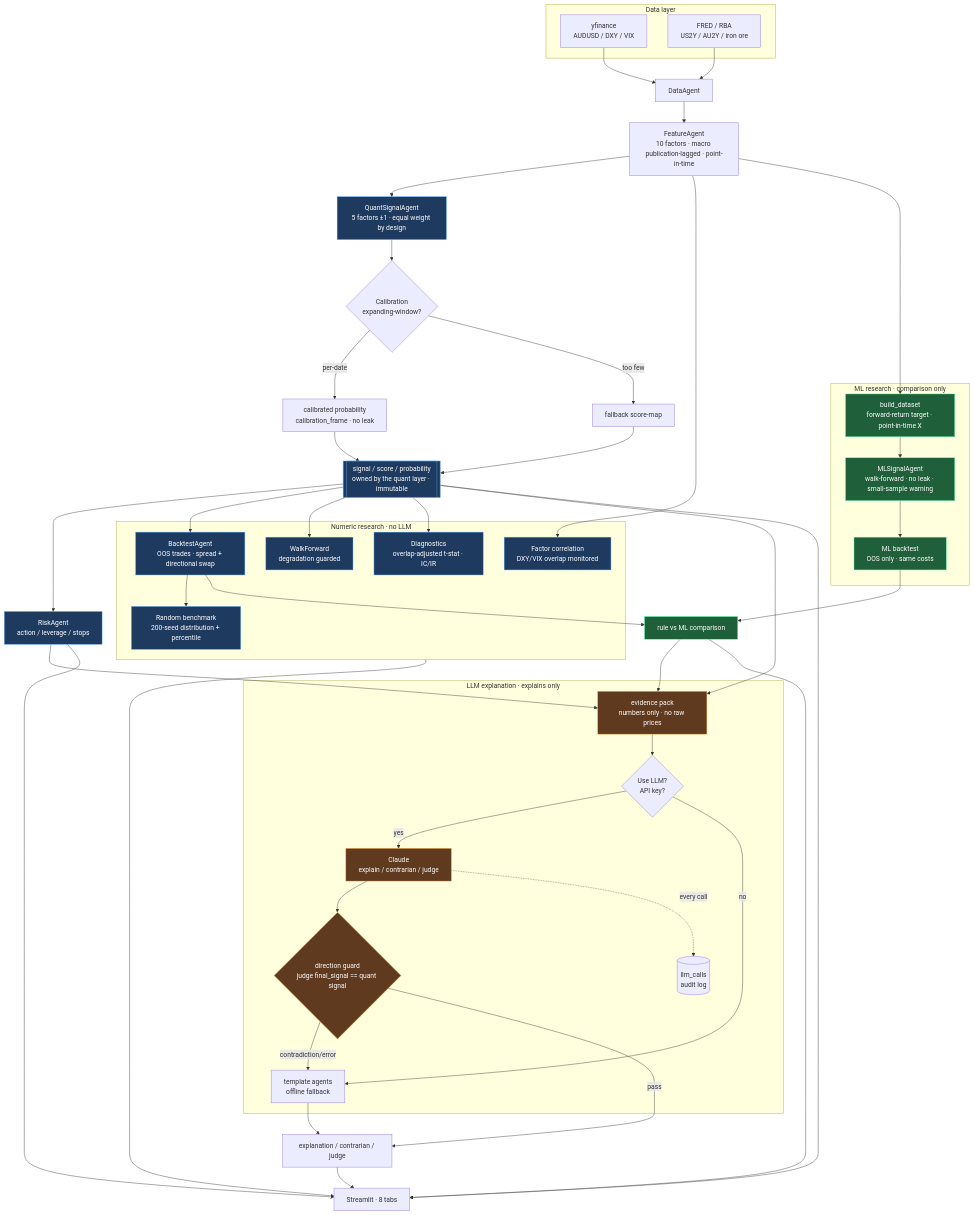
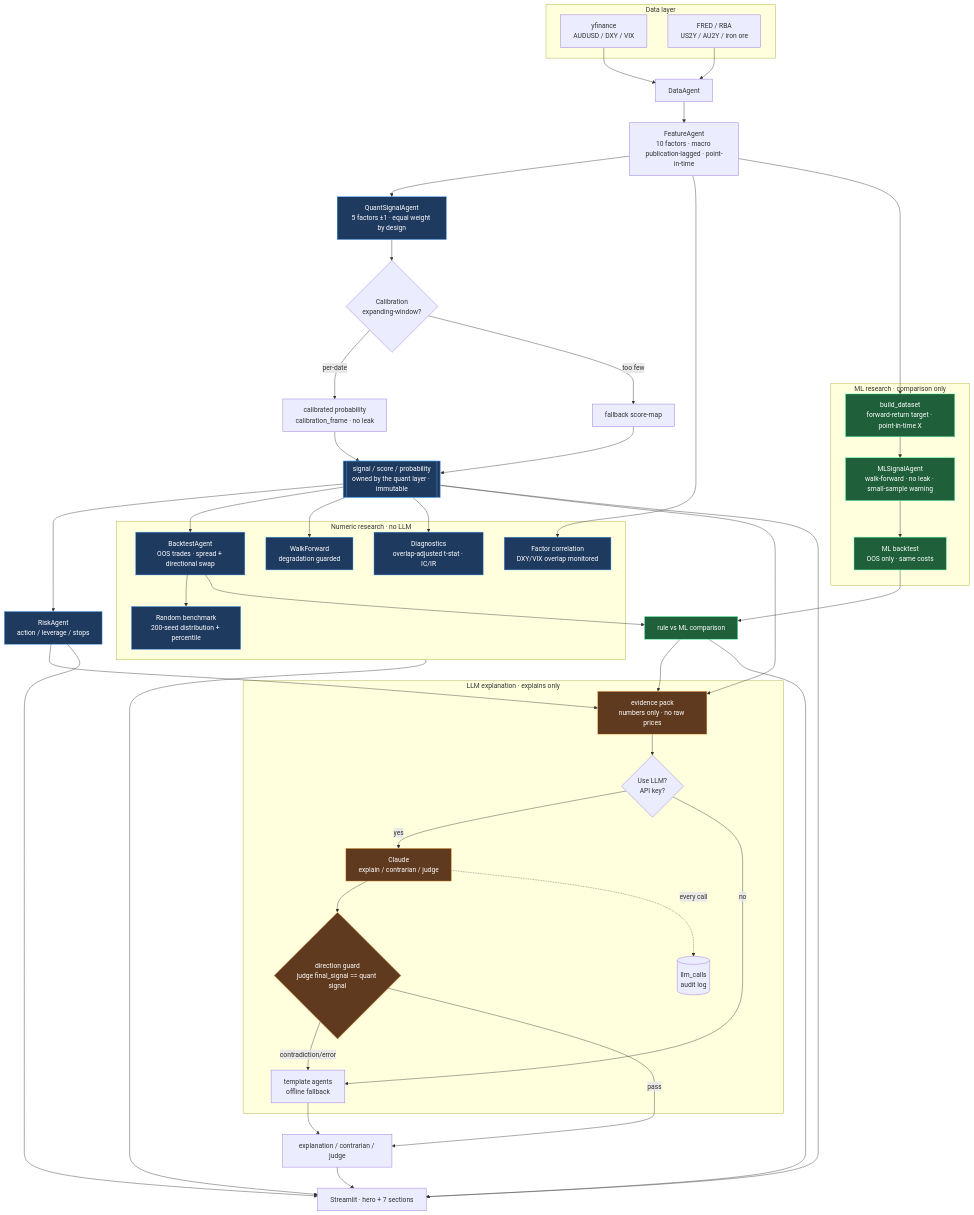
One commit to lvyongyu/AlphaFX changed the diagram in docs/architecture.md. Above: the diagram before and after it, drawn with Mermaid.

Commit message:
docs: fix dashboard UI description in architecture diagram
The diagram said "Streamlit · 8 tabs" but the dashboard (app.py) renders a
hero section plus 7 st.expander sections — it does not use st.tabs() at all.

Claude-Session: https://claude.ai/code/session_01LPYQMhStwJKEuXCcVxrQUr

````diff
--- a/docs/architecture.md
+++ b/docs/architecture.md
@@ -14,76 +14,76 @@
 ```mermaid
 flowchart TD
     subgraph DATA["Data layer"]
         Y[yfinance<br/>AUDUSD / DXY / VIX]
         F[FRED / RBA<br/>US2Y / AU2Y / iron ore]
     end
     Y --> DA[DataAgent]
     F --> DA
     DA --> FE[FeatureAgent<br/>10 factors · macro publication-lagged · point-in-time]
     FE --> QS[QuantSignalAgent<br/>5 factors ±1 · equal weight by design]
 
     QS --> CAL{Calibration<br/>expanding-window?}
     CAL -- per-date --> CP[calibrated probability<br/>calibration_frame · no leak]
     CAL -- too few --> FB[fallback score-map]
     CP --> SIG[[signal / score / probability<br/>owned by the quant layer · immutable]]
     FB --> SIG
 
     SIG --> RISK[RiskAgent<br/>action / leverage / stops]
 
     %% Numeric research — never calls the LLM
     subgraph NUM["Numeric research · no LLM"]
         BT[BacktestAgent<br/>OOS trades · spread + directional swap]
         WF[WalkForward<br/>degradation guarded]
         DIAG[Diagnostics<br/>overlap-adjusted t-stat · IC/IR]
         CORR[Factor correlation<br/>DXY/VIX overlap monitored]
         RND[Random benchmark<br/>200-seed distribution + percentile]
     end
     SIG --> BT
     SIG --> WF
     SIG --> DIAG
     FE --> CORR
     BT --> RND
 
     %% ML research comparison — rule signal stays primary
     subgraph MLB["ML research · comparison only"]
         DS[build_dataset<br/>forward-return target · point-in-time X]
         ML2[MLSignalAgent<br/>walk-forward · no leak · small-sample warning]
         MLBT[ML backtest<br/>OOS only · same costs]
     end
     FE --> DS --> ML2 --> MLBT
     BT --> CMP[rule vs ML comparison]
     MLBT --> CMP
 
     %% LLM explanation layer — explains, never sets the signal
     subgraph LLMX["LLM explanation · explains only"]
         EV[evidence pack<br/>numbers only · no raw prices]
         TOG{Use LLM?<br/>API key?}
         LLM[Claude<br/>explain / contrarian / judge]
         GUARD{direction guard<br/>judge final_signal == quant signal}
         TPL[template agents<br/>offline fallback]
         LOG[(llm_calls<br/>audit log)]
     end
     SIG --> EV
     RISK --> EV
     CMP --> EV
     EV --> TOG
     TOG -- yes --> LLM --> GUARD
     TOG -- no --> TPL
     GUARD -- contradiction/error --> TPL
     GUARD -- pass --> OUT[explanation / contrarian / judge]
     TPL --> OUT
     LLM -. every call .-> LOG
 
-    SIG --> UI[Streamlit · 8 tabs]
+    SIG --> UI[Streamlit · hero + 7 sections]
     RISK --> UI
     NUM --> UI
     CMP --> UI
     OUT --> UI
 
     classDef quant fill:#1f3a5f,stroke:#4da3ff,color:#fff;
     classDef llm fill:#5f3a1f,stroke:#ffae4d,color:#fff;
     classDef ml fill:#1f5f3a,stroke:#4dffae,color:#fff;
     class SIG,QS,RISK,BT,WF,DIAG,CORR,RND quant;
     class LLM,EV,GUARD llm;
     class DS,ML2,MLBT,CMP ml;
 ```
````
